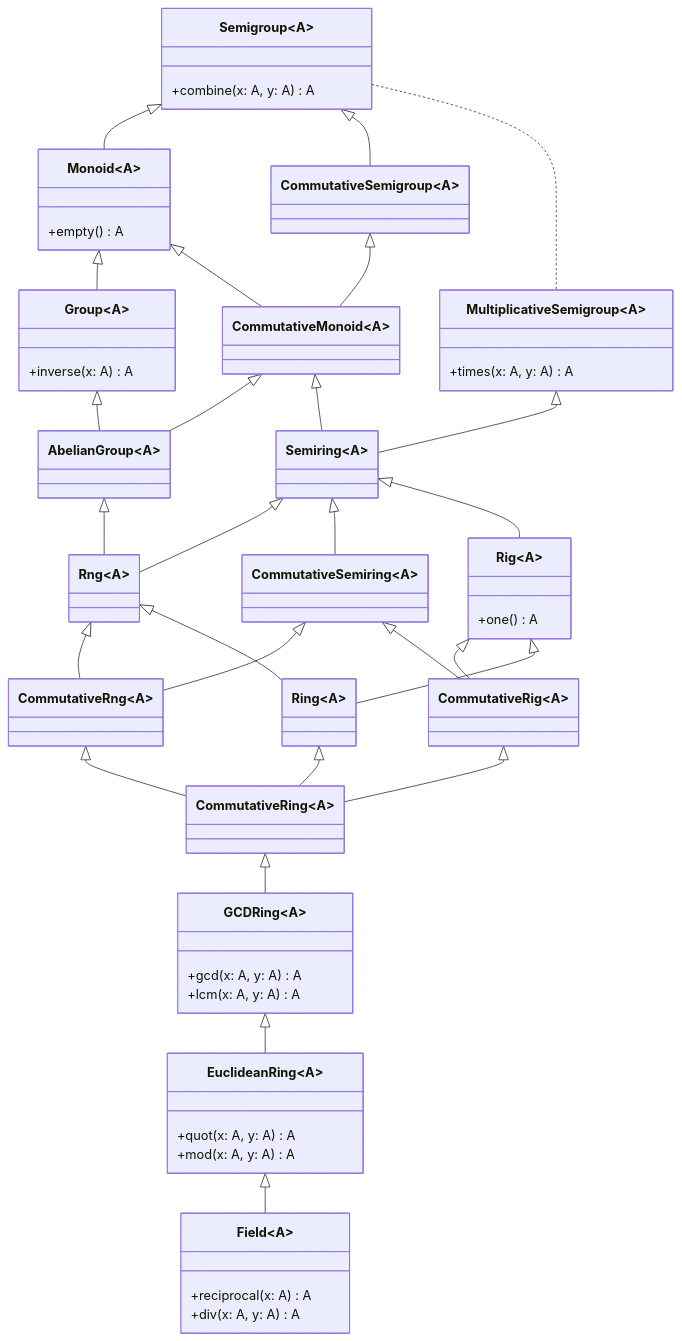
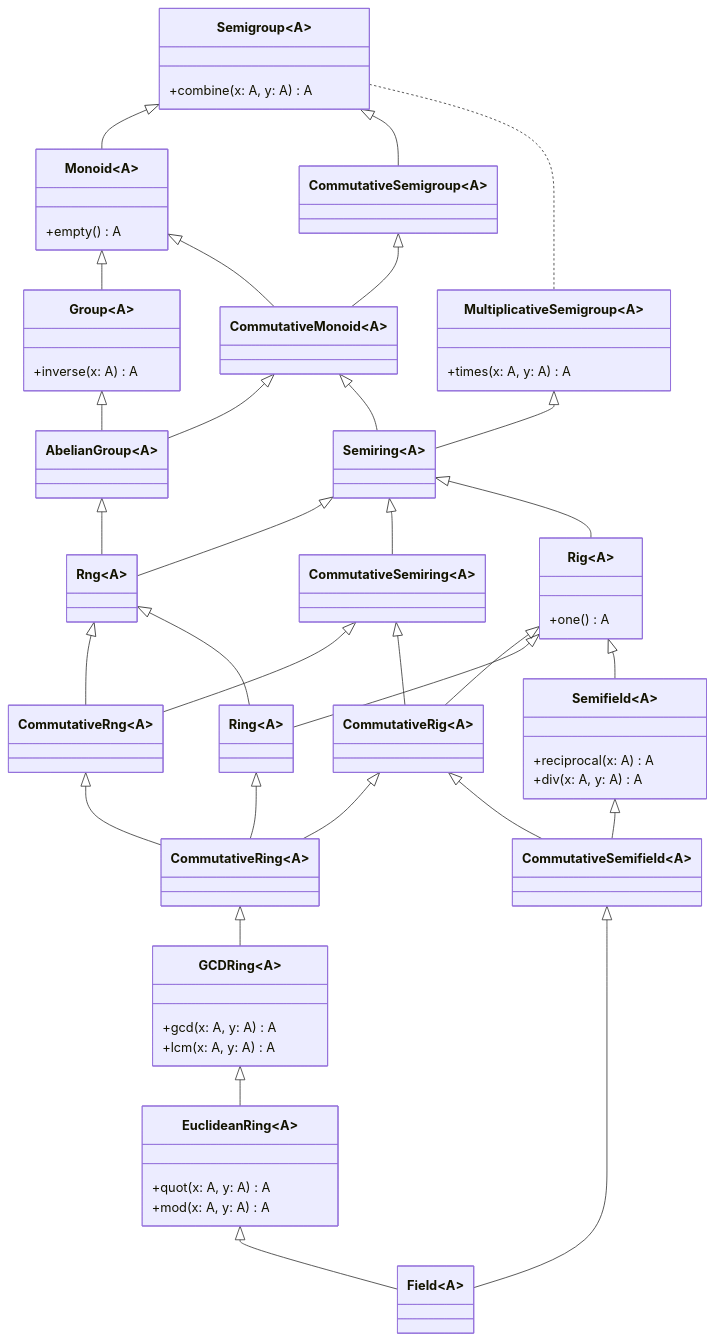
The diagram in docs/typeclass/monoid/field.md (artemkorsakov/scalabook), drawn with Mermaid before and after one commit. The commit also changed other lines of this file and 7 other files, not shown here.

````diff
--- a/docs/typeclass/monoid/field.md
+++ b/docs/typeclass/monoid/field.md
@@ -221,66 +211,72 @@
 ```mermaid
 classDiagram
     class Semigroup~A~{
         +combine(x: A, y: A) A
     }  
     class Monoid~A~{
         +empty() A
     }
     Semigroup <|-- Monoid
     class CommutativeSemigroup~A~
     Semigroup <|-- CommutativeSemigroup  
     class Group~A~{
       +inverse(x: A) A
     }  
     Monoid <|-- Group 
     class CommutativeMonoid~A~
     Monoid <|-- CommutativeMonoid
     CommutativeSemigroup <|-- CommutativeMonoid
     class AbelianGroup~A~
     Group <|-- AbelianGroup
     CommutativeMonoid <|-- AbelianGroup
     class Semiring~A~
     CommutativeMonoid <|-- Semiring
     class MultiplicativeSemigroup~A~{
         +times(x: A, y: A) A
     }
     MultiplicativeSemigroup <|-- Semiring
     Semigroup .. MultiplicativeSemigroup
     class Rng~A~
     AbelianGroup <|-- Rng
     Semiring <|-- Rng
     class CommutativeSemiring~A~
     Semiring <|-- CommutativeSemiring
     class Rig~A~{
         +one() A
     }
     Semiring <|-- Rig
     class CommutativeRng~A~
     Rng <|-- CommutativeRng
     CommutativeSemiring <|-- CommutativeRng
     class CommutativeRig~A~
     Rig <|-- CommutativeRig
     CommutativeSemiring <|-- CommutativeRig
     class Ring~A~
     Rng <|-- Ring
     Rig <|-- Ring
     class CommutativeRing~A~
     Ring <|-- CommutativeRing
     CommutativeRig <|-- CommutativeRing
     CommutativeRng <|-- CommutativeRing
     class GCDRing~A~{
         +gcd(x: A, y: A) A
         +lcm(x: A, y: A) A
     }
     CommutativeRing <|-- GCDRing
     class EuclideanRing~A~{
         +quot(x: A, y: A) A
         +mod(x: A, y: A) A
     }
     GCDRing <|-- EuclideanRing
-    class Field~A~{
-        +reciprocal(x: A) A
-        +div(x: A, y: A) A
+    class Semifield~A~{
+      +reciprocal(x: A) A
+      +div(x: A, y: A) A
     }
+    Rig <|-- Semifield
+    class CommutativeSemifield~A~
+    Semifield <|-- CommutativeSemifield
+    CommutativeRig <|-- CommutativeSemifield
+    class Field~A~
     EuclideanRing <|-- Field
+    CommutativeSemifield <|-- Field
 ```
````
